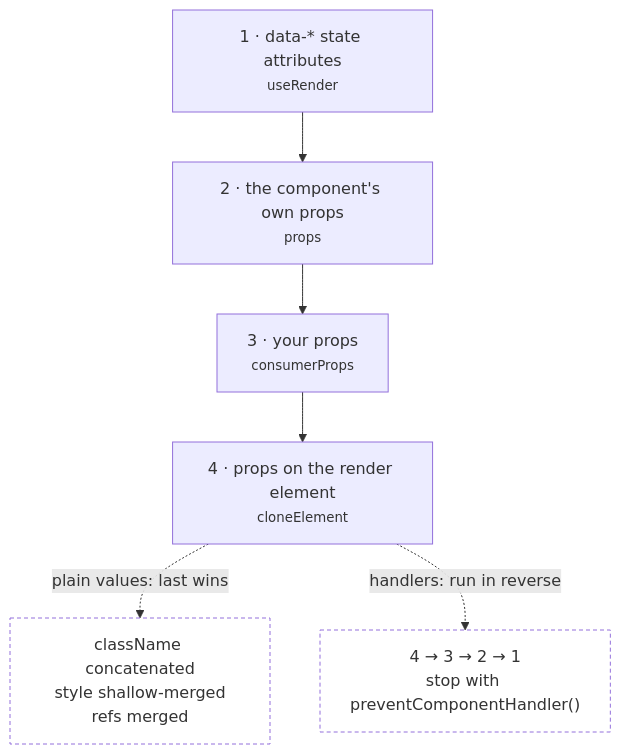
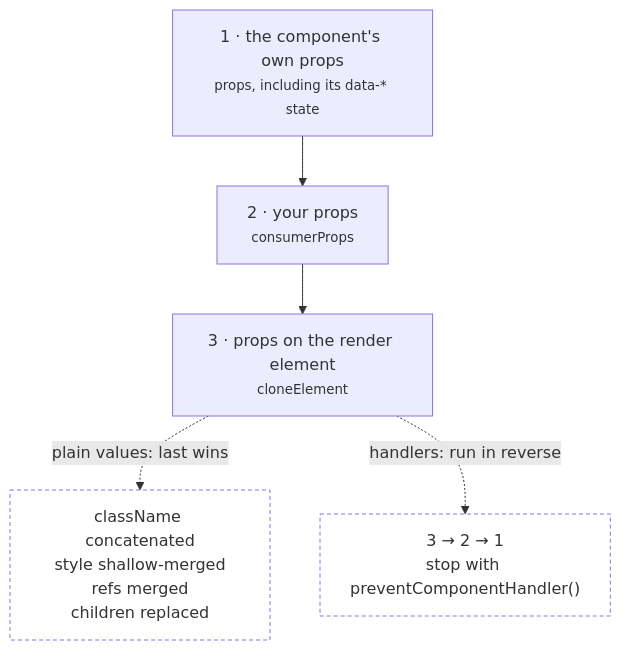
One commit to arun9483/arun-design-system changed the diagram in apps/docs/src/diagrams/merge-precedence.mmd. Above: the diagram before and after it, drawn with Mermaid. The commit also changed 40 other files, not shown here.

```diff
--- a/apps/docs/src/diagrams/merge-precedence.mmd
+++ b/apps/docs/src/diagrams/merge-precedence.mmd
@@ -1,10 +1,9 @@
 flowchart TB
-  A["1 · data-* state attributes<br/><small>useRender</small>"] --> B["2 · the component's own props<br/><small>props</small>"]
-  B --> C["3 · your props<br/><small>consumerProps</small>"]
-  C --> D["4 · props on the render element<br/><small>cloneElement</small>"]
+  A["1 · the component's own props<br/><small>props, including its data-* state</small>"] --> B["2 · your props<br/><small>consumerProps</small>"]
+  B --> C["3 · props on the render element<br/><small>cloneElement</small>"]
 
-  D -.->|"plain values: last wins"| V["className concatenated<br/>style shallow-merged<br/>refs merged"]
-  D -.->|"handlers: run in reverse"| H["4 → 3 → 2 → 1<br/>stop with preventComponentHandler()"]
+  C -.->|"plain values: last wins"| V["className concatenated<br/>style shallow-merged<br/>refs merged<br/>children replaced"]
+  C -.->|"handlers: run in reverse"| H["3 → 2 → 1<br/>stop with preventComponentHandler()"]
 
   classDef out fill:transparent,stroke-dasharray:4 3
   class V,H out
```
